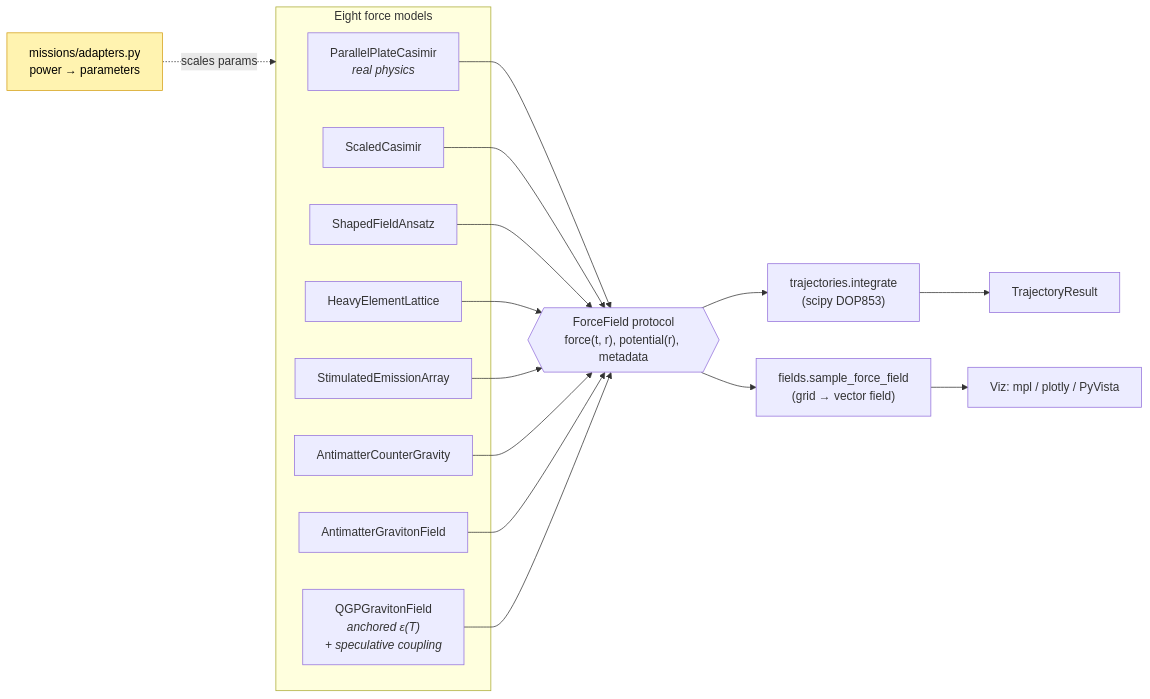
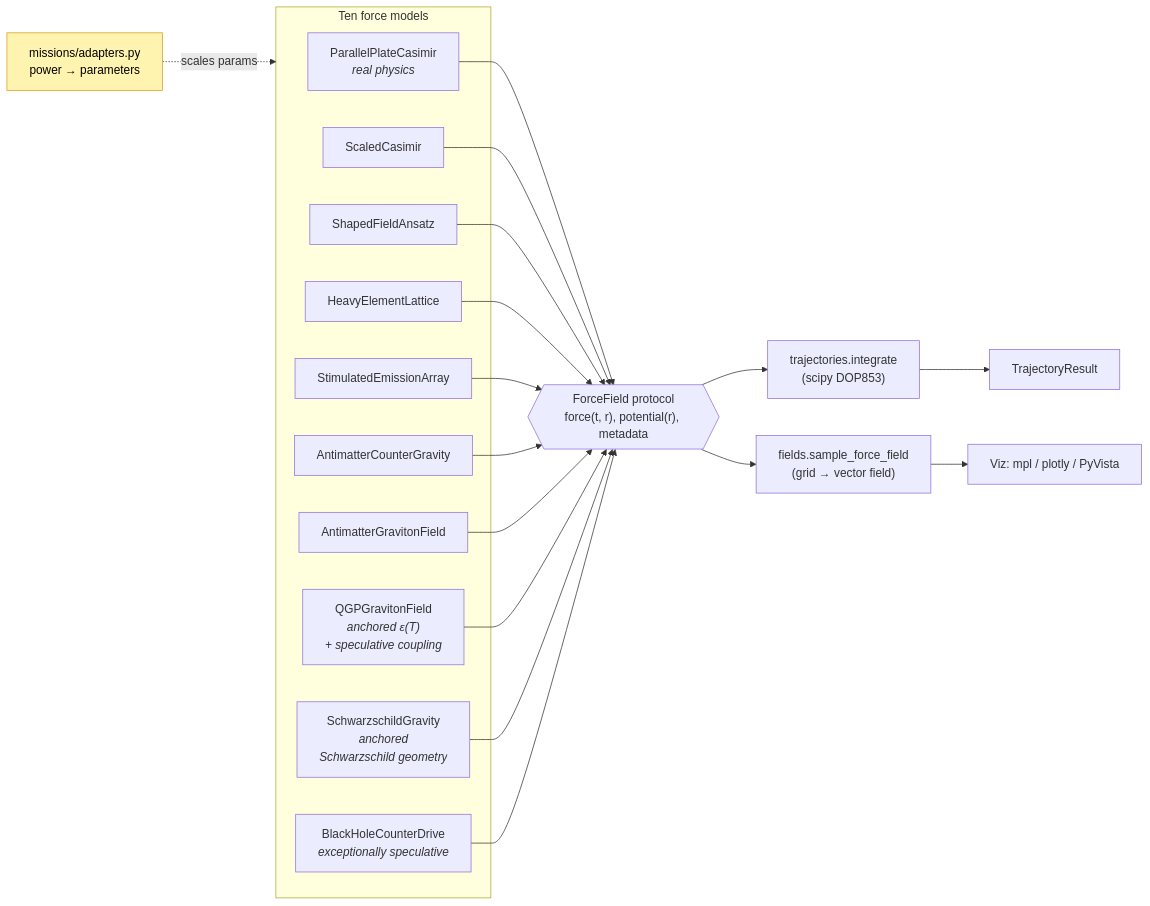
Before and after one commit to sonoransun/usetheforceluke: the first of 6 diagrams in README.md, drawn with Mermaid. The commit also changed other lines of this file and 23 other files, not shown here.

````diff
--- a/README.md
+++ b/README.md
@@ -22,28 +23,32 @@
 ```mermaid
 flowchart LR
-    subgraph Avenues["Eight force models"]
+    subgraph Avenues["Ten force models"]
         C1["ParallelPlateCasimir<br/><i>real physics</i>"]
         C2[ScaledCasimir]
         Q1[ShapedFieldAnsatz]
         Q2[HeavyElementLattice]
         Q3[StimulatedEmissionArray]
         A1[AntimatterCounterGravity]
         A2[AntimatterGravitonField]
         QG["QGPGravitonField<br/><i>anchored ε(T)<br/>+ speculative coupling</i>"]
+        BH1["SchwarzschildGravity<br/><i>anchored<br/>Schwarzschild geometry</i>"]
+        BH2["BlackHoleCounterDrive<br/><i>exceptionally speculative</i>"]
     end
     P{{"ForceField protocol<br/>force(t, r), potential(r), metadata"}}
     C1 --> P
     C2 --> P
     Q1 --> P
     Q2 --> P
     Q3 --> P
     A1 --> P
     A2 --> P
     QG --> P
+    BH1 --> P
+    BH2 --> P
     P --> T["trajectories.integrate<br/>(scipy DOP853)"]
     P --> S["fields.sample_force_field<br/>(grid → vector field)"]
     T --> R[TrajectoryResult]
     S --> V[Viz: mpl / plotly / PyVista]
     M["missions/adapters.py<br/>power → parameters"]:::spec -.scales params.-> Avenues
     classDef spec fill:#fff3b0,stroke:#d4a017,color:#000
 ```
````
